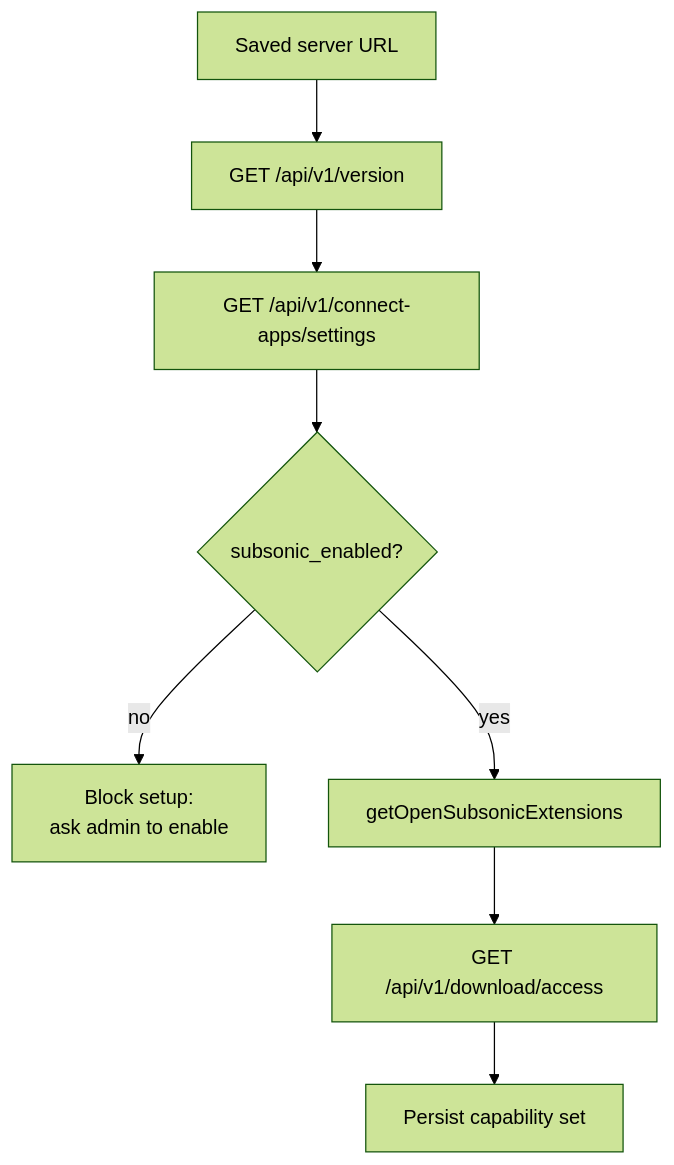
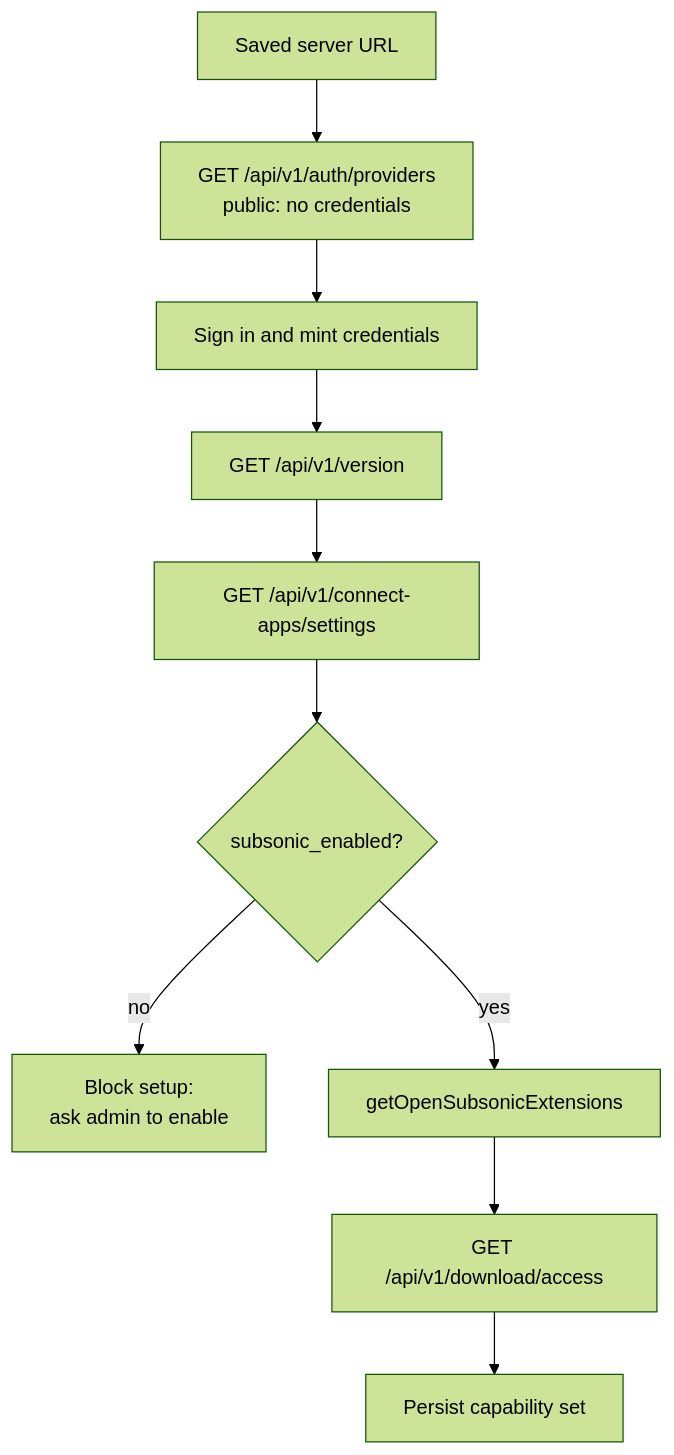
One commit to timothymumford1986/NeedleApp changed the first of 5 diagrams in REQUIREMENTS.md. Above: the diagram before and after it, drawn with Mermaid (forest theme). The commit also changed other lines of this file and 18 other files, not shown here.

````diff
--- a/REQUIREMENTS.md
+++ b/REQUIREMENTS.md
@@ -94,10 +126,12 @@
 ```mermaid
 flowchart TD
-  A[Saved server URL] --> B[GET /api/v1/version]
-  B --> C[GET /api/v1/connect-apps/settings]
+  A[Saved server URL] --> B["GET /api/v1/auth/providers<br/>public: no credentials"]
+  B --> S[Sign in and mint credentials]
+  S --> V[GET /api/v1/version]
+  V --> C[GET /api/v1/connect-apps/settings]
   C --> D{subsonic_enabled?}
   D -- no --> E[Block setup:<br/>ask admin to enable]
   D -- yes --> F[getOpenSubsonicExtensions]
   F --> G[GET /api/v1/download/access]
   G --> H[Persist capability set]
 ```
````
